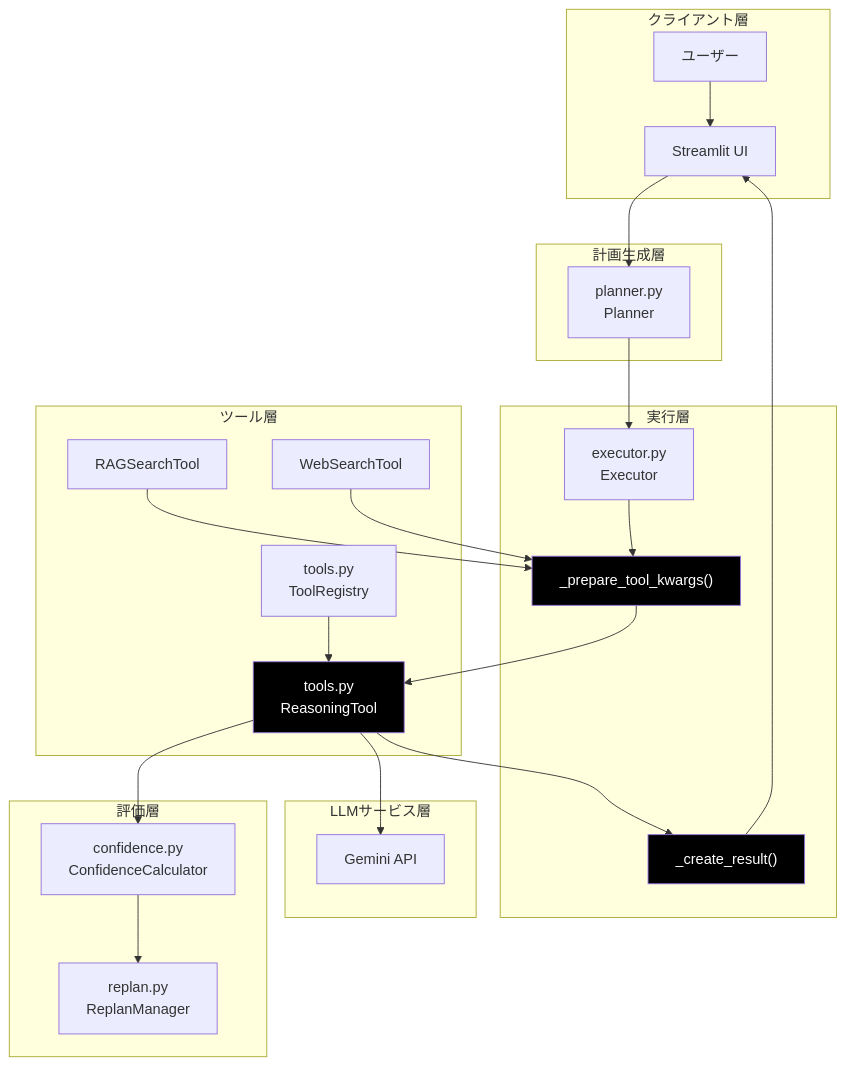
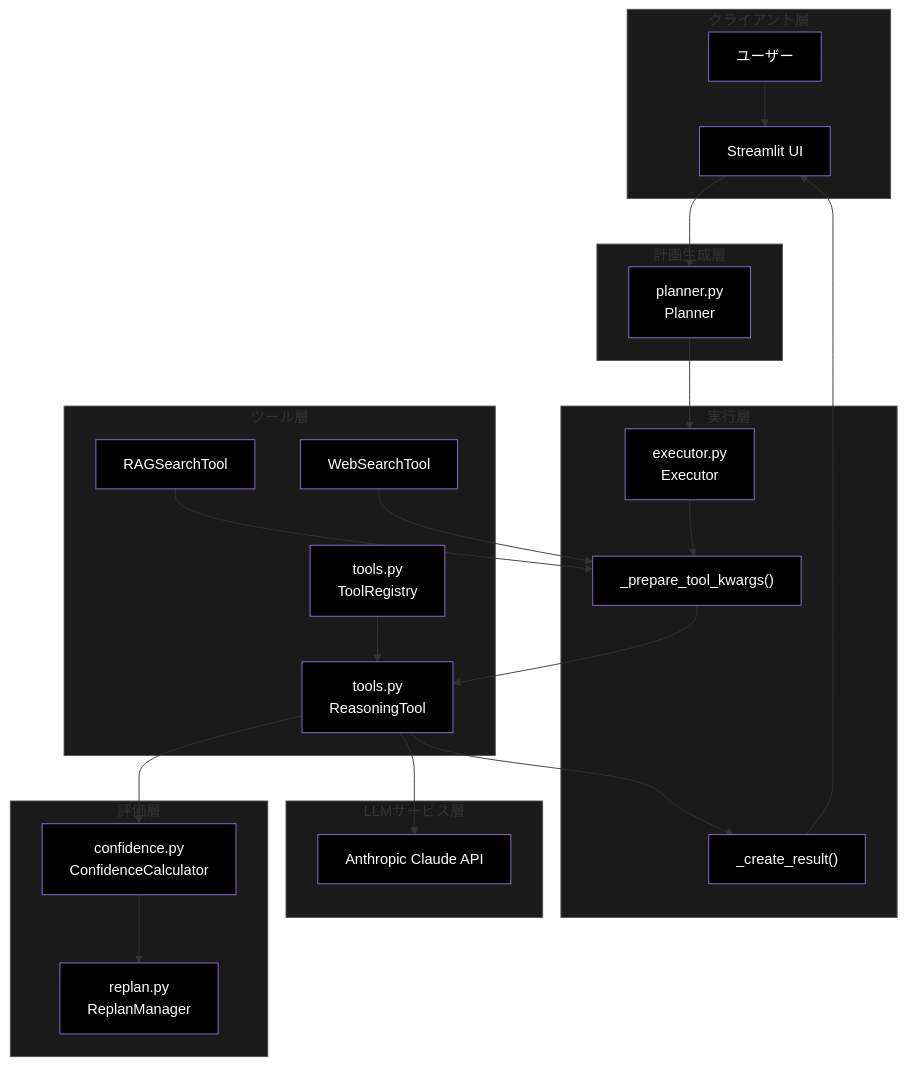
Before and after one commit to nakashima2toshio/anthropic_grace_agent: the first of 6 diagrams in grace/doc/reasoning.md, drawn with Mermaid. The commit also changed other lines of this file and 18 other files, not shown here.

````diff
--- a/grace/doc/reasoning.md
+++ b/grace/doc/reasoning.md
@@ -67,48 +67,64 @@
 ```mermaid
 graph TB
     subgraph CLIENT["クライアント層"]
         USER["ユーザー"]
         STREAMLIT["Streamlit UI"]
     end
 
     subgraph PLAN["計画生成層"]
         PLANNER["planner.py<br>Planner"]
     end
 
     subgraph EXEC["実行層"]
         EXECUTOR["executor.py<br>Executor"]
         PREP["_prepare_tool_kwargs()"]
         FINAL["_create_result()"]
     end
 
     subgraph TOOLS["ツール層"]
         REGISTRY["tools.py<br>ToolRegistry"]
         REASONING["tools.py<br>ReasoningTool"]
         RAG["RAGSearchTool"]
         WEB["WebSearchTool"]
     end
 
     subgraph LLM_LAYER["LLMサービス層"]
-        GEMINI["Gemini API"]
+        ANTHROPIC["Anthropic Claude API"]
     end
 
     subgraph EVAL["評価層"]
         CONF["confidence.py<br>ConfidenceCalculator"]
         REPLAN["replan.py<br>ReplanManager"]
     end
 
     USER --> STREAMLIT --> PLANNER
     PLANNER --> EXECUTOR
     EXECUTOR --> PREP --> REASONING
     RAG --> PREP
     WEB --> PREP
     REGISTRY --> REASONING
-    REASONING --> GEMINI
+    REASONING --> ANTHROPIC
     REASONING --> FINAL --> STREAMLIT
     REASONING --> CONF
     CONF --> REPLAN
 
-    style REASONING fill:#000,color:#fff
+    style USER fill:#000,color:#fff
+    style STREAMLIT fill:#000,color:#fff
+    style PLANNER fill:#000,color:#fff
+    style EXECUTOR fill:#000,color:#fff
     style PREP fill:#000,color:#fff
     style FINAL fill:#000,color:#fff
+    style REGISTRY fill:#000,color:#fff
+    style REASONING fill:#000,color:#fff
+    style RAG fill:#000,color:#fff
+    style WEB fill:#000,color:#fff
+    style ANTHROPIC fill:#000,color:#fff
+    style CONF fill:#000,color:#fff
+    style REPLAN fill:#000,color:#fff
+    style CLIENT fill:#1a1a1a,stroke:#555
+    style PLAN fill:#1a1a1a,stroke:#555
+    style EXEC fill:#1a1a1a,stroke:#555
+    style TOOLS fill:#1a1a1a,stroke:#555
+    style LLM_LAYER fill:#1a1a1a,stroke:#555
+    style EVAL fill:#1a1a1a,stroke:#555
 ```
````
